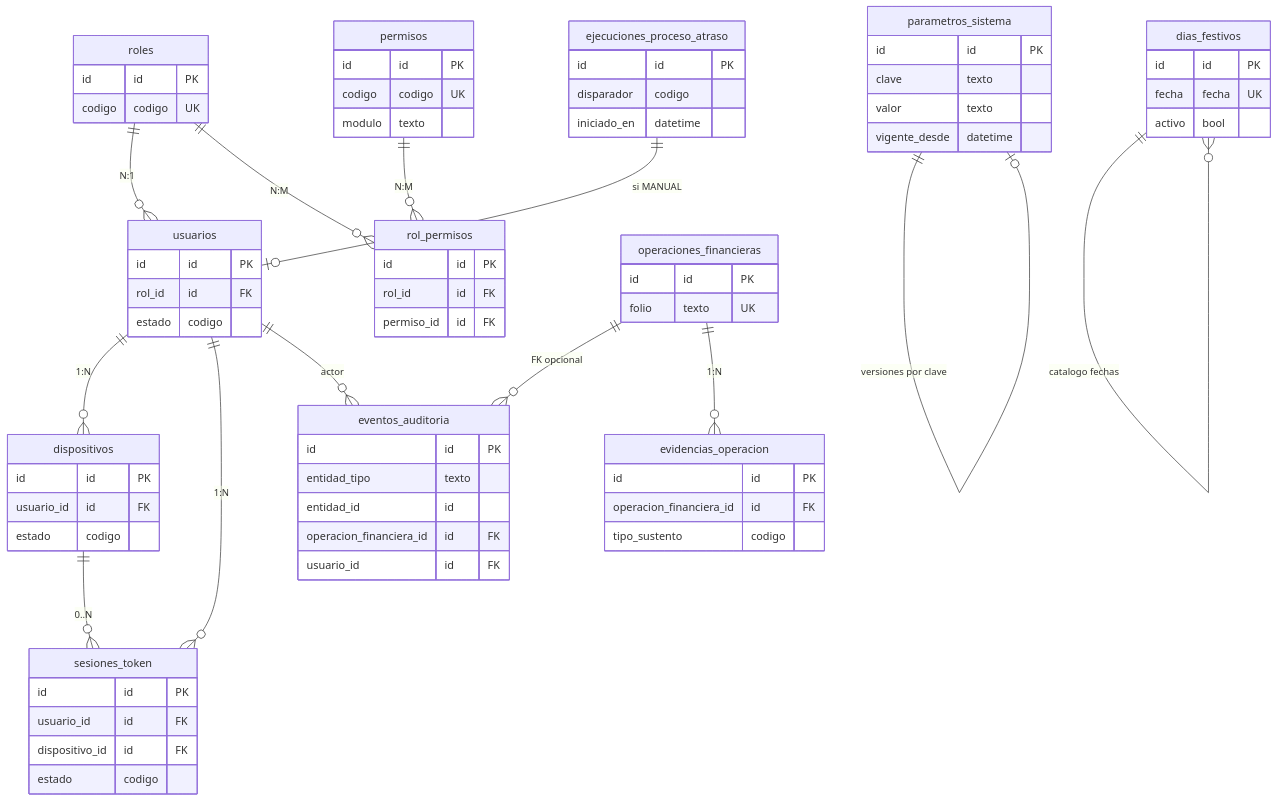
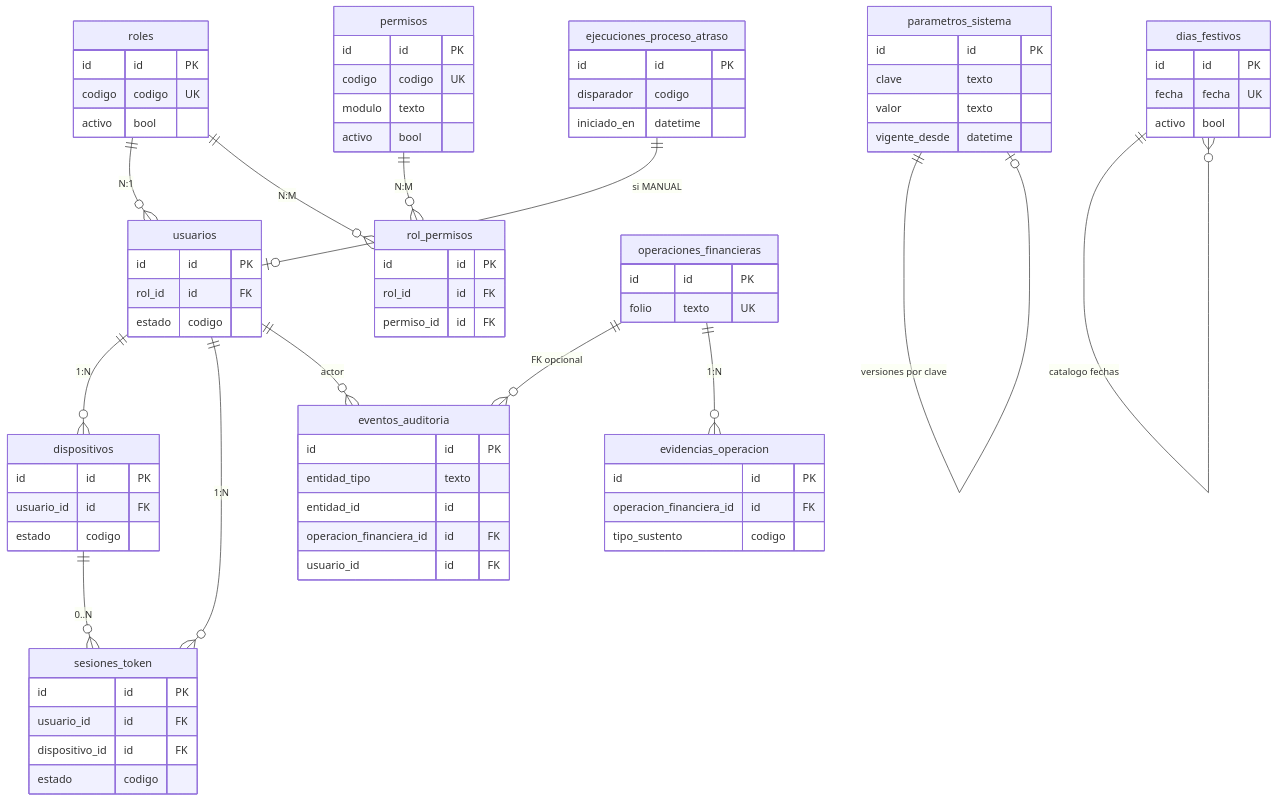
The fourth of 4 diagrams in docs/04-database/erd-conceptual.md (Danieljrzf/CREDIMEX), drawn with Mermaid before and after one commit. The commit also changed other lines of this file and 16 other files, not shown here.

````diff
--- a/docs/04-database/erd-conceptual.md
+++ b/docs/04-database/erd-conceptual.md
@@ -457,78 +458,80 @@
 ```mermaid
 erDiagram
     roles ||--o{ usuarios : "N:1"
     roles ||--o{ rol_permisos : "N:M"
     permisos ||--o{ rol_permisos : "N:M"
     usuarios ||--o{ dispositivos : "1:N"
     usuarios ||--o{ sesiones_token : "1:N"
     dispositivos ||--o{ sesiones_token : "0..N"
     usuarios ||--o{ eventos_auditoria : "actor"
     operaciones_financieras ||--o{ eventos_auditoria : "FK opcional"
     operaciones_financieras ||--o{ evidencias_operacion : "1:N"
     parametros_sistema ||--o| parametros_sistema : "versiones por clave"
     dias_festivos ||--o{ dias_festivos : "catalogo fechas"
     ejecuciones_proceso_atraso ||--o| usuarios : "si MANUAL"
 
     roles {
         id id PK
         codigo codigo UK
+        activo bool
     }
     permisos {
         id id PK
         codigo codigo UK
         modulo texto
+        activo bool
     }
     rol_permisos {
         id id PK
         rol_id id FK
         permiso_id id FK
     }
     usuarios {
         id id PK
         rol_id id FK
         estado codigo
     }
     dispositivos {
         id id PK
         usuario_id id FK
         estado codigo
     }
     sesiones_token {
         id id PK
         usuario_id id FK
         dispositivo_id id FK
         estado codigo
     }
     eventos_auditoria {
         id id PK
         entidad_tipo texto
         entidad_id id
         operacion_financiera_id id FK
         usuario_id id FK
     }
     evidencias_operacion {
         id id PK
         operacion_financiera_id id FK
         tipo_sustento codigo
     }
     operaciones_financieras {
         id id PK
         folio texto UK
     }
     parametros_sistema {
         id id PK
         clave texto
         valor texto
         vigente_desde datetime
     }
     dias_festivos {
         id id PK
         fecha fecha UK
         activo bool
     }
     ejecuciones_proceso_atraso {
         id id PK
         disparador codigo
         iniciado_en datetime
     }
 ```
````
